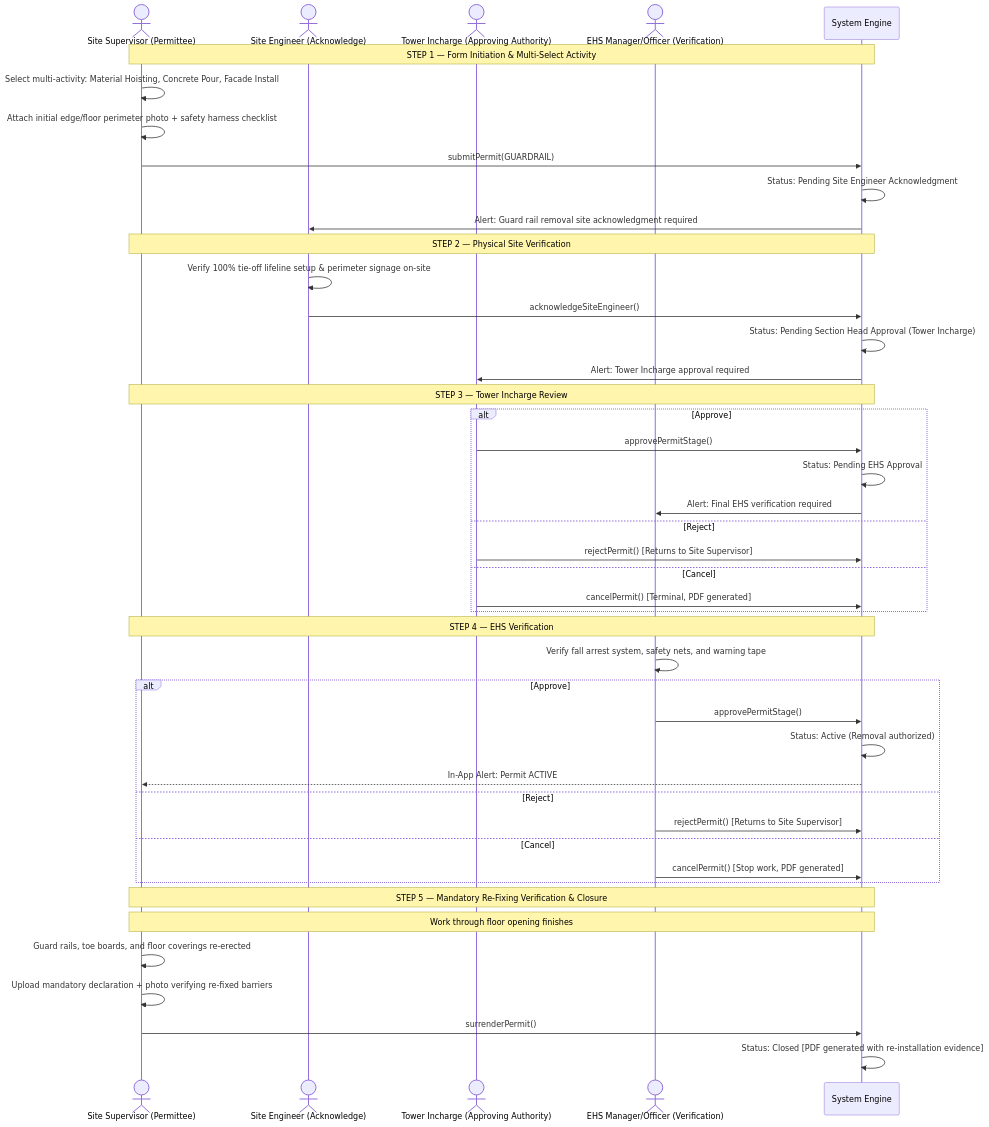
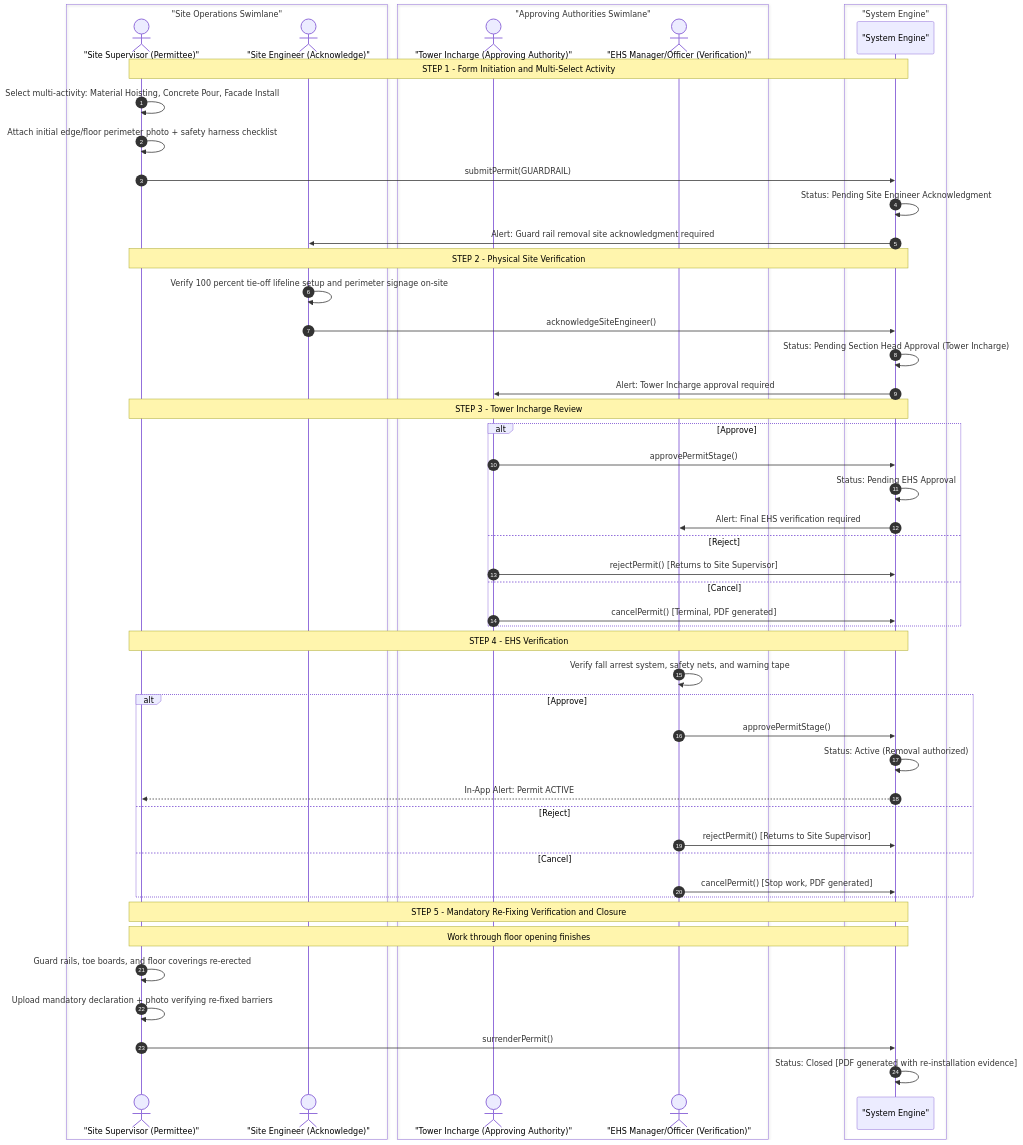
Diagram 22 of 41 in README.md (AuroGroupAutomationBot/ARPL-EHS-Demo), drawn with Mermaid before and after one commit. The commit also changed other lines of this file and 7 other files, not shown here.

````diff
--- a/README.md
+++ b/README.md
@@ -1798,51 +1905,58 @@
 ```mermaid
 sequenceDiagram
-    actor SS as Site Supervisor (Permittee)
-    actor SE as Site Engineer (Acknowledge)
-    actor TI as Tower Incharge (Approving Authority)
-    actor EHS as EHS Manager/Officer (Verification)
-    participant SYS as System Engine
+    autonumber
+    box "Site Operations Swimlane"
+        actor SS as "Site Supervisor (Permittee)"
+        actor SE as "Site Engineer (Acknowledge)"
+    end
+    box "Approving Authorities Swimlane"
+        actor TI as "Tower Incharge (Approving Authority)"
+        actor EHS as "EHS Manager/Officer (Verification)"
+    end
+    box "System Engine"
+        participant SYS as "System Engine"
+    end
 
-    Note over SS,SYS: STEP 1 — Form Initiation & Multi-Select Activity
+    Note over SS,SYS: STEP 1 - Form Initiation and Multi-Select Activity
     SS->>SS: Select multi-activity: Material Hoisting, Concrete Pour, Facade Install
     SS->>SS: Attach initial edge/floor perimeter photo + safety harness checklist
     SS->>SYS: submitPermit(GUARDRAIL)
     SYS->>SYS: Status: Pending Site Engineer Acknowledgment
     SYS->>SE: Alert: Guard rail removal site acknowledgment required
 
-    Note over SS,SYS: STEP 2 — Physical Site Verification
-    SE->>SE: Verify 100% tie-off lifeline setup & perimeter signage on-site
+    Note over SS,SYS: STEP 2 - Physical Site Verification
+    SE->>SE: Verify 100 percent tie-off lifeline setup and perimeter signage on-site
     SE->>SYS: acknowledgeSiteEngineer()
     SYS->>SYS: Status: Pending Section Head Approval (Tower Incharge)
     SYS->>TI: Alert: Tower Incharge approval required
 
-    Note over SS,SYS: STEP 3 — Tower Incharge Review
+    Note over SS,SYS: STEP 3 - Tower Incharge Review
     alt Approve
         TI->>SYS: approvePermitStage()
         SYS->>SYS: Status: Pending EHS Approval
         SYS->>EHS: Alert: Final EHS verification required
     else Reject
         TI->>SYS: rejectPermit() [Returns to Site Supervisor]
     else Cancel
         TI->>SYS: cancelPermit() [Terminal, PDF generated]
     end
 
-    Note over SS,SYS: STEP 4 — EHS Verification
+    Note over SS,SYS: STEP 4 - EHS Verification
     EHS->>EHS: Verify fall arrest system, safety nets, and warning tape
     alt Approve
         EHS->>SYS: approvePermitStage()
         SYS->>SYS: Status: Active (Removal authorized)
         SYS-->>SS: In-App Alert: Permit ACTIVE
     else Reject
         EHS->>SYS: rejectPermit() [Returns to Site Supervisor]
     else Cancel
         EHS->>SYS: cancelPermit() [Stop work, PDF generated]
     end
 
-    Note over SS,SYS: STEP 5 — Mandatory Re-Fixing Verification & Closure
+    Note over SS,SYS: STEP 5 - Mandatory Re-Fixing Verification and Closure
     Note over SS,SYS: Work through floor opening finishes
     SS->>SS: Guard rails, toe boards, and floor coverings re-erected
     SS->>SS: Upload mandatory declaration + photo verifying re-fixed barriers
     SS->>SYS: surrenderPermit()
     SYS->>SYS: Status: Closed [PDF generated with re-installation evidence]
 ```
````
